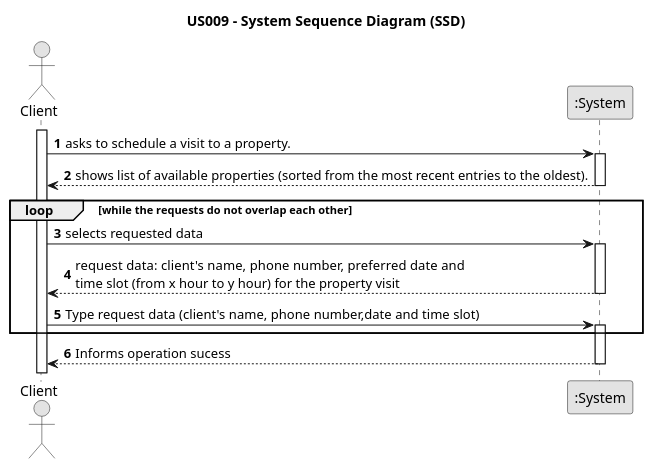
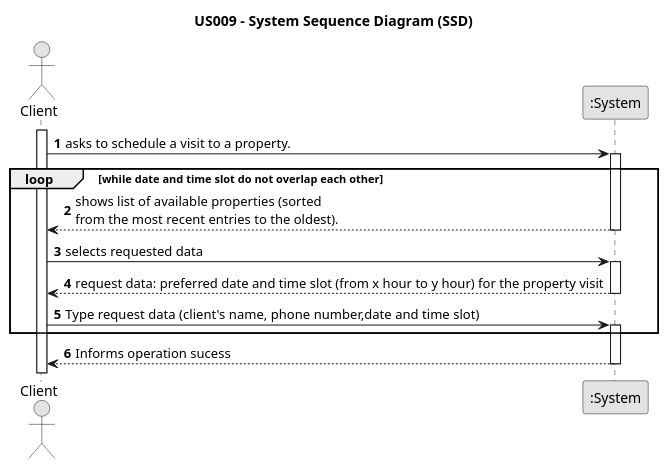
One commit to 1220812/LAPR2 changed the diagram in docs/sprintC/us009/01.requirements-engineering/puml/us009-system-sequence-diagram.puml. Above: the diagram before and after it, drawn with PlantUML.

Commit message:
US009 SSD

```diff
--- a/docs/sprintC/us009/01.requirements-engineering/puml/us009-system-sequence-diagram.puml
+++ b/docs/sprintC/us009/01.requirements-engineering/puml/us009-system-sequence-diagram.puml
@@ -1,42 +1,43 @@
 @startuml
 skinparam monochrome true
 skinparam packageStyle rectangle
 skinparam shadowing false
 
 title US009 - System Sequence Diagram (SSD)
 
 autonumber
 
 actor "Client" as Customer
 participant ":System" as System
 
 activate Customer
 
     Customer -> System : asks to schedule a visit to a property.
 
     activate System
 
-        System --> Customer : shows list of available properties (sorted from the most recent entries to the oldest).
+    loop while date and time slot do not overlap each other
+
+    System --> Customer : shows list of available properties (sorted \nfrom the most recent entries to the oldest).
 
     deactivate System
 
-    loop while the requests do not overlap each other
     Customer -> System : selects requested data
     activate System
 
-    System --> Customer : request data: client's name, phone number,  preferred date and \ntime slot (from x hour to y hour) for the property visit
+    System --> Customer : request data: preferred date and time slot (from x hour to y hour) for the property visit
 
     deactivate System
 
     Customer -> System : Type request data (client's name, phone number,date and time slot)
 
     activate System
 
     end
 
             System --> Customer : Informs operation sucess
     deactivate System
 
 
 
 @enduml
```
